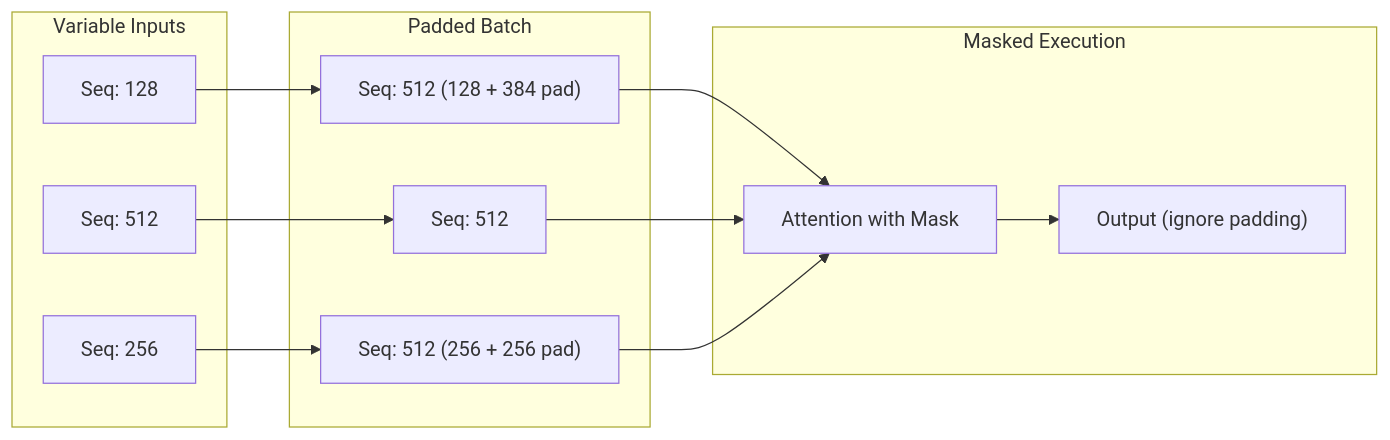
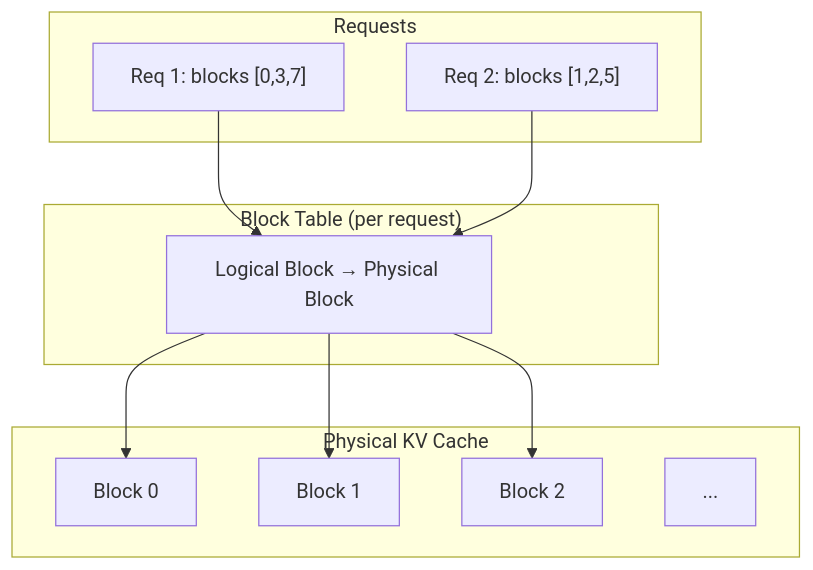
One commit to srikantharun/srikantharun.github.io changed the sixth of 10 diagrams in dynamic-shapes.md. Above: the diagram before and after it, drawn with Mermaid. The commit also changed other lines of this file, not shown here.

````diff
--- a/dynamic-shapes.md
+++ b/dynamic-shapes.md
@@ -251,27 +206,24 @@
 ```mermaid
-flowchart LR
-    subgraph "Variable Inputs"
-        I1["Seq: 128"]
-        I2["Seq: 512"]
-        I3["Seq: 256"]
+graph TD
+    subgraph "Block Table (per request)"
+        BT["Logical Block → Physical Block"]
     end
 
-    subgraph "Padded Batch"
-        P1["Seq: 512 (128 + 384 pad)"]
-        P2["Seq: 512"]
-        P3["Seq: 512 (256 + 256 pad)"]
+    subgraph "Physical KV Cache"
+        B0["Block 0"]
+        B1["Block 1"]
+        B2["Block 2"]
+        B3["..."]
     end
 
-    subgraph "Masked Execution"
-        M["Attention with Mask"]
-        O["Output (ignore padding)"]
+    subgraph "Requests"
+        R1["Req 1: blocks [0,3,7]"]
+        R2["Req 2: blocks [1,2,5]"]
     end
 
-    I1 --> P1
-    I2 --> P2
-    I3 --> P3
-    P1 --> M
-    P2 --> M
-    P3 --> M
-    M --> O
+    R1 --> BT
+    R2 --> BT
+    BT --> B0
+    BT --> B1
+    BT --> B2
 ```
````
